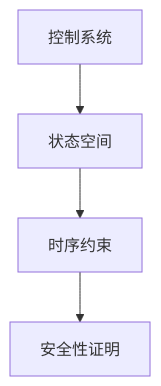
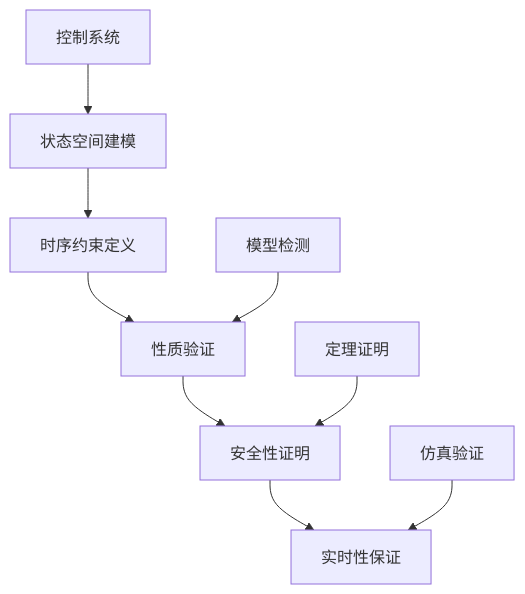
The sixth of 8 diagrams in analysis/1-形式化理论/1.3-时序逻辑与控制/1.3.6-图表与多表征.md (AdaMartin18010/Lean), drawn with Mermaid before and after one commit. The commit also changed other lines of this file and 57 other files, not shown here.

````diff
--- a/analysis/1-形式化理论/1.3-时序逻辑与控制/1.3.6-图表与多表征.md
+++ b/analysis/1-形式化理论/1.3-时序逻辑与控制/1.3.6-图表与多表征.md
@@ -39,6 +100,12 @@
 ```mermaid
 graph TD
-  A[控制系统] --> B[状态空间]
-  B --> C[时序约束]
-  C --> D[安全性证明]
+  A[控制系统] --> B[状态空间建模]
+  B --> C[时序约束定义]
+  C --> D[性质验证]
+  D --> E[安全性证明]
+  E --> F[实时性保证]
+  
+  G[模型检测] --> D
+  H[定理证明] --> E
+  I[仿真验证] --> F
 ```
````
